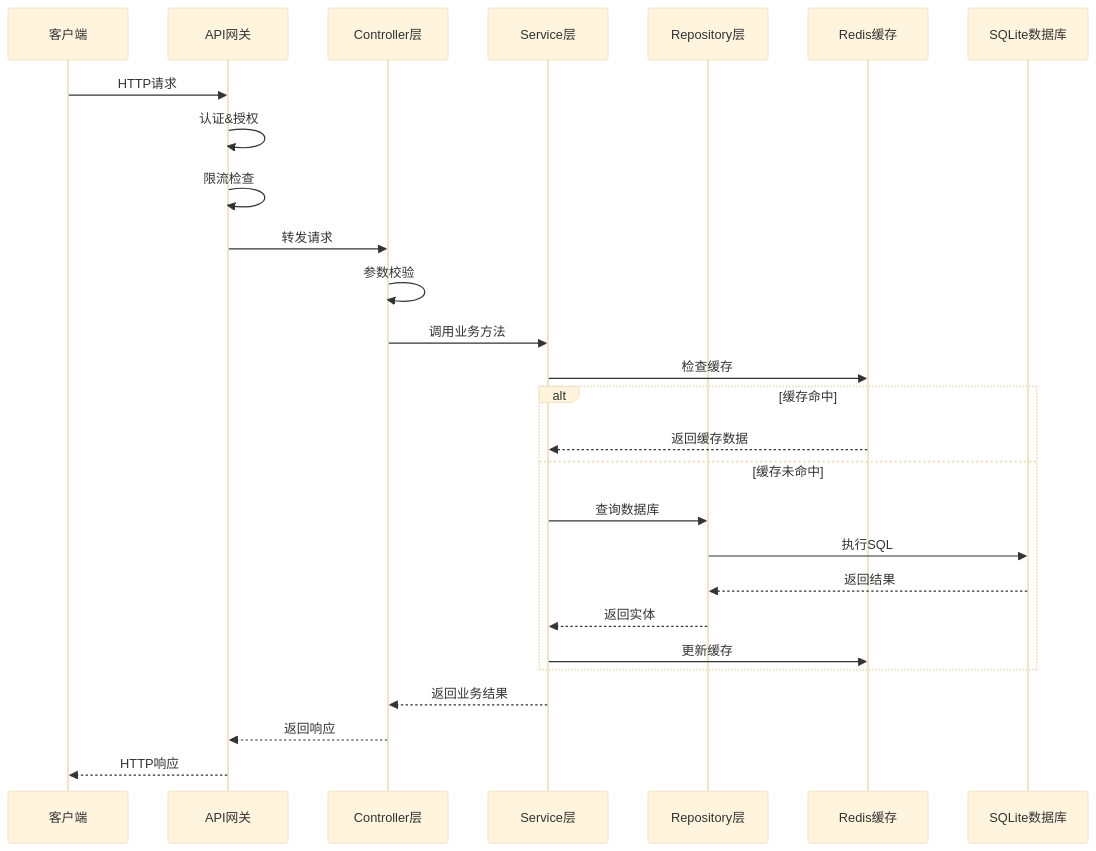
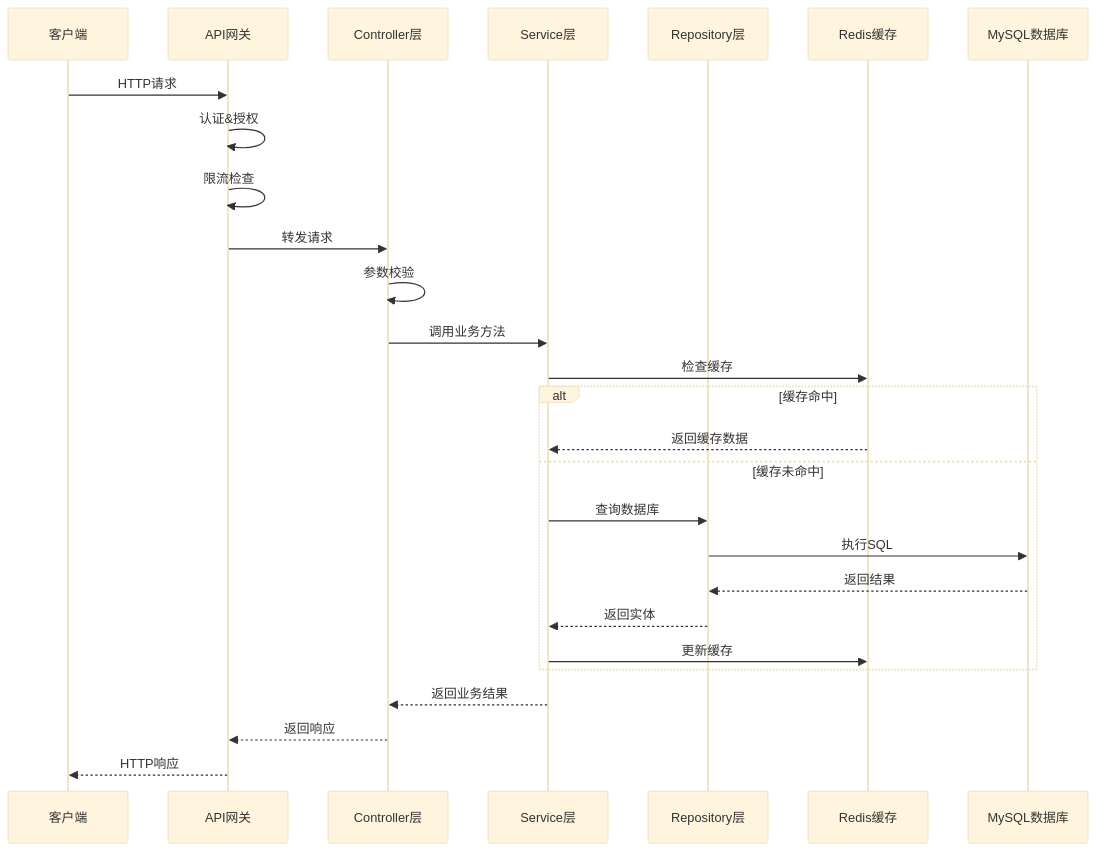
One commit to UchihaYe/springboot_master_team_knowledge_base changed the fifth of 30 diagrams in docs/详细设计说明书.md. Above: the diagram before and after it, drawn with Mermaid (base theme). The commit also changed other lines of this file and 54 other files, not shown here.

````diff
--- a/docs/详细设计说明书.md
+++ b/docs/详细设计说明书.md
@@ -214,33 +214,33 @@
 ```mermaid
 sequenceDiagram
     participant Client as 客户端
     participant Gateway as API网关
     participant Controller as Controller层
     participant Service as Service层
     participant Repository as Repository层
     participant Cache as Redis缓存
-    participant DB as SQLite数据库
+    participant DB as MySQL数据库
 
     Client->>Gateway: HTTP请求
     Gateway->>Gateway: 认证&授权
     Gateway->>Gateway: 限流检查
     Gateway->>Controller: 转发请求
 
     Controller->>Controller: 参数校验
     Controller->>Service: 调用业务方法
 
     Service->>Cache: 检查缓存
     alt 缓存命中
         Cache-->>Service: 返回缓存数据
     else 缓存未命中
         Service->>Repository: 查询数据库
         Repository->>DB: 执行SQL
         DB-->>Repository: 返回结果
         Repository-->>Service: 返回实体
         Service->>Cache: 更新缓存
     end
 
     Service-->>Controller: 返回业务结果
     Controller-->>Gateway: 返回响应
     Gateway-->>Client: HTTP响应
 ```
````
